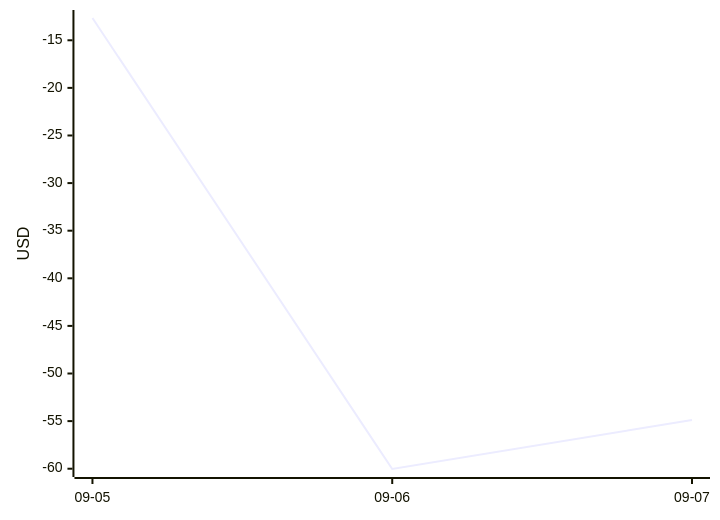
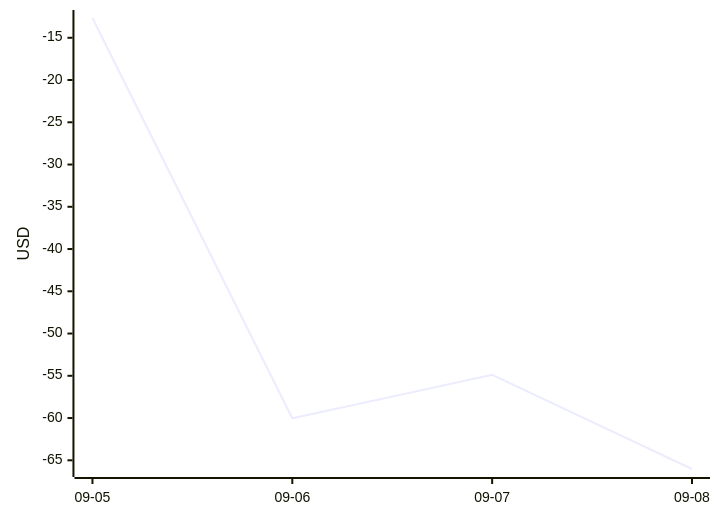
One commit to aryanvaid2108/prediction-trading changed the diagram in DASHBOARD.md. Above: the diagram before and after it, drawn with Mermaid. The commit also changed other lines of this file and 6 other files, not shown here.

````diff
--- a/DASHBOARD.md
+++ b/DASHBOARD.md
@@ -59,6 +59,6 @@
 ```mermaid
 xychart-beta
-  x-axis ["09-05", "09-06", "09-07"]
+  x-axis ["09-05", "09-06", "09-07", "09-08"]
   y-axis "USD"
-  line [-12.66, -60.03, -54.88]
+  line [-12.66, -60.03, -54.88, -66.03]
 ```
````
